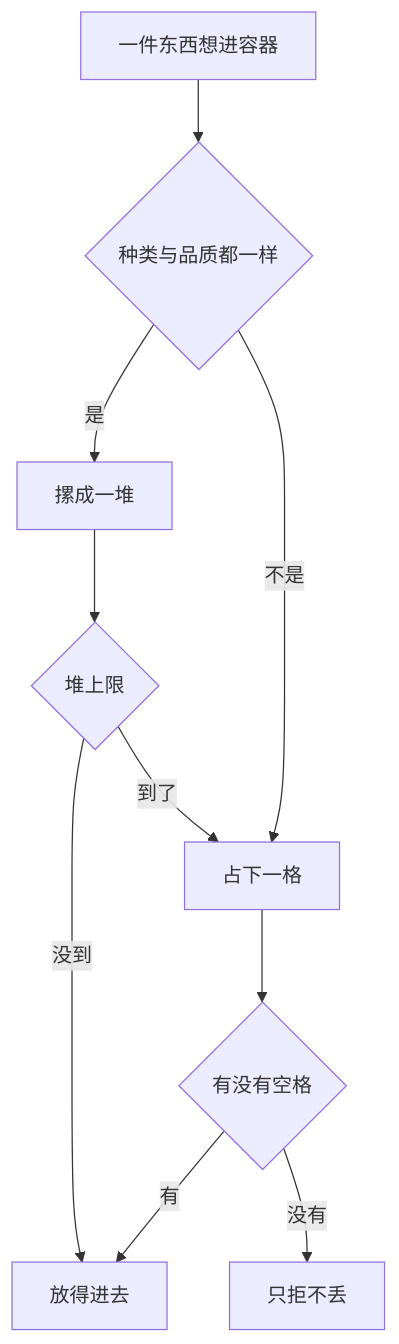
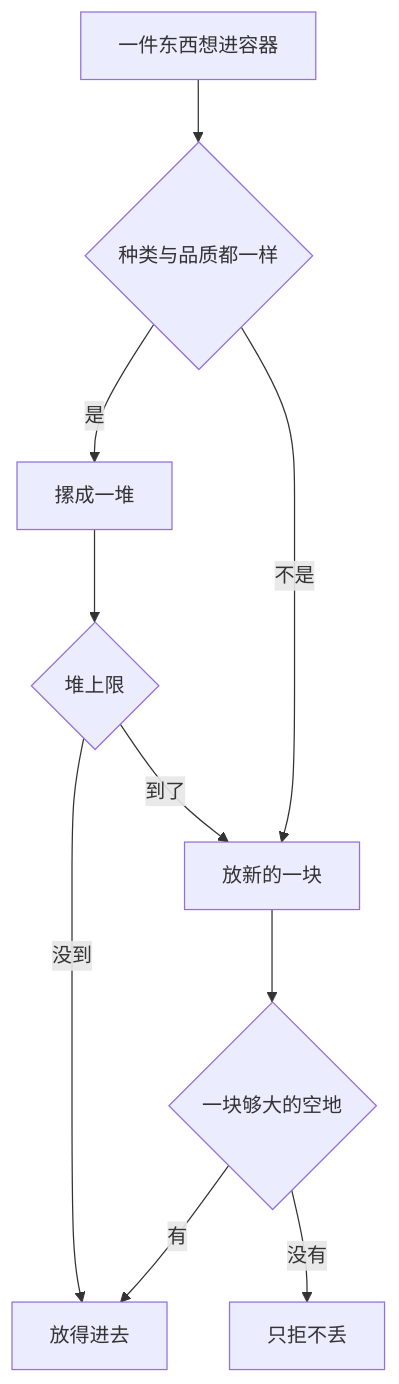
One commit to haohaoxuexiHAOHAO/Tinderhearth-The-Last-Class-Docs changed the diagram in design/背包系统.md. Above: the diagram before and after it, drawn with Mermaid. The commit also changed other lines of this file and 16 other files, not shown here.

````diff
--- a/design/背包系统.md
+++ b/design/背包系统.md
@@ -21,12 +21,12 @@
 ```mermaid
 flowchart TD
     进来["一件东西想进容器"] --> 同堆{"种类与品质都一样"}
     同堆 -->|是| 摞["摞成一堆"]
     摞 --> 堆上限{"堆上限"}
     堆上限 -->|没到| 成功["放得进去"]
-    堆上限 -->|到了| 新格["占下一格"]
+    堆上限 -->|到了| 新格["放新的一块"]
     同堆 -->|不是| 新格
-    新格 --> 满载{"有没有空格"}
+    新格 --> 满载{"一块够大的空地"}
     满载 -->|有| 成功
     满载 -->|没有| 只拒不丢["只拒不丢"]
 ```
````
